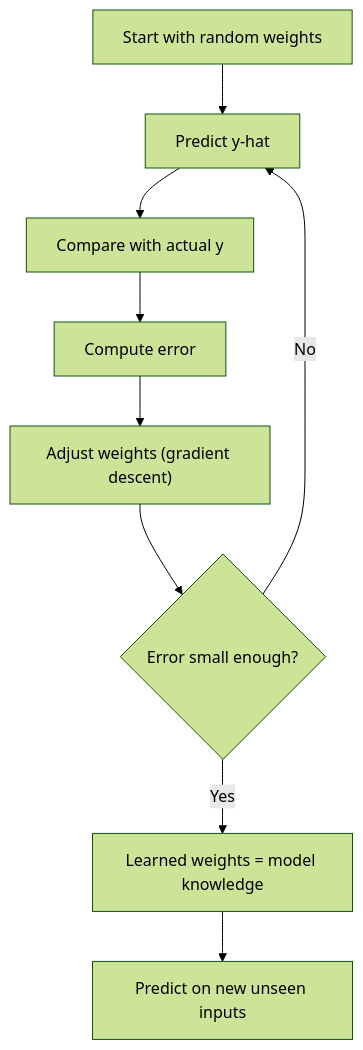
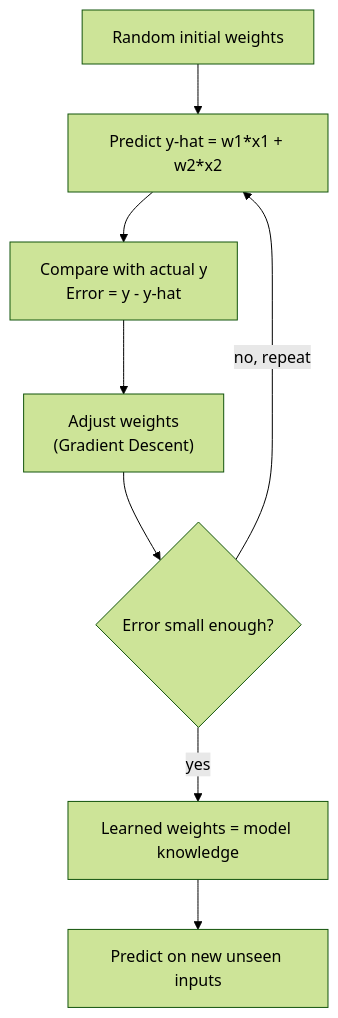
The first of 2 diagrams in notes/step-01-machine-learning-foundations/001-machine-learning.md (kaisarnajar/outcome-school-blogs), drawn with Mermaid (forest theme) before and after one commit. The commit also changed other lines of this file and 233 other files, not shown here.

````diff
--- a/notes/step-01-machine-learning-foundations/001-machine-learning.md
+++ b/notes/step-01-machine-learning-foundations/001-machine-learning.md
@@ -42,11 +72,10 @@
 ```mermaid
 flowchart TD
-    A["Start with random weights"] --> B["Predict y-hat"]
-    B --> C["Compare with actual y"]
-    C --> D["Compute error"]
-    D --> E["Adjust weights (gradient descent)"]
-    E --> F{"Error small enough?"}
-    F -->|"No"| B
-    F -->|"Yes"| G["Learned weights = model knowledge"]
-    G --> H["Predict on new unseen inputs"]
+    A1["Random initial weights"] --> A2["Predict y-hat = w1*x1 + w2*x2"]
+    A2 --> A3["Compare with actual y<br/>Error = y - y-hat"]
+    A3 --> A4["Adjust weights<br/>(Gradient Descent)"]
+    A4 --> A5{"Error small enough?"}
+    A5 -->|"no, repeat"| A2
+    A5 -->|"yes"| A6["Learned weights = model knowledge"]
+    A6 --> A7["Predict on new unseen inputs"]
 ```
````
